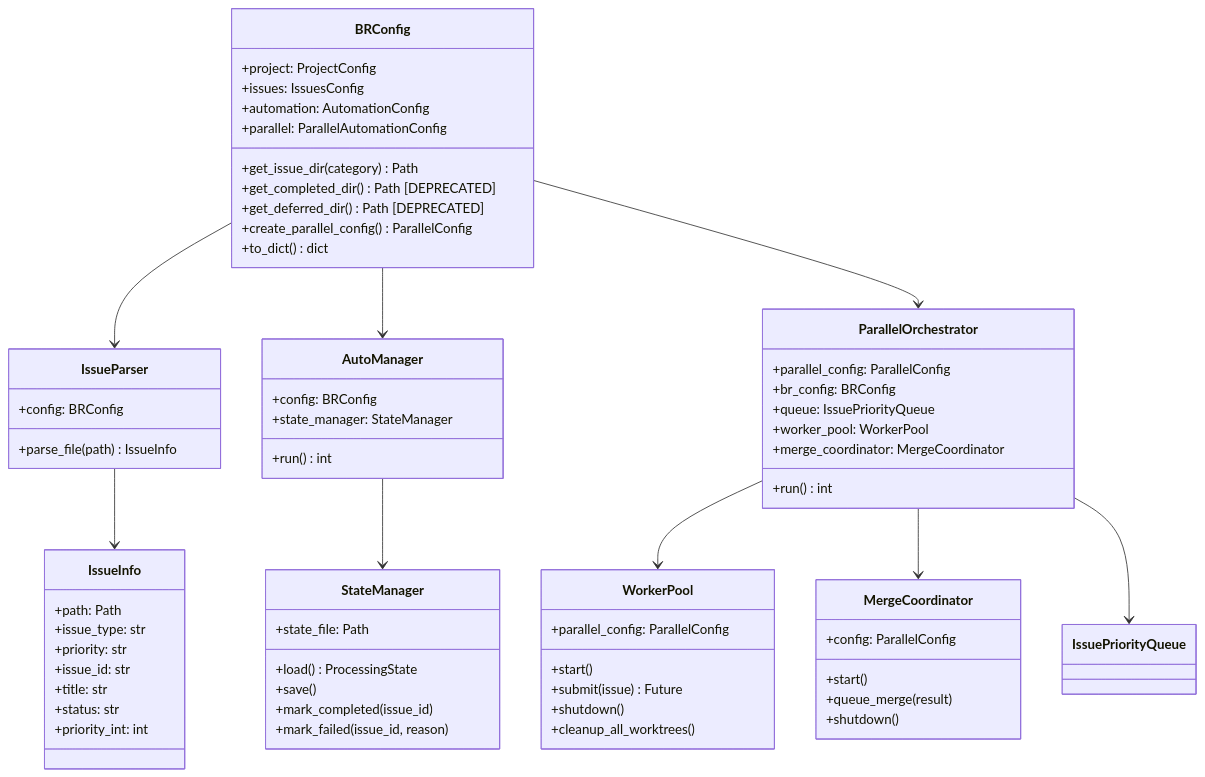
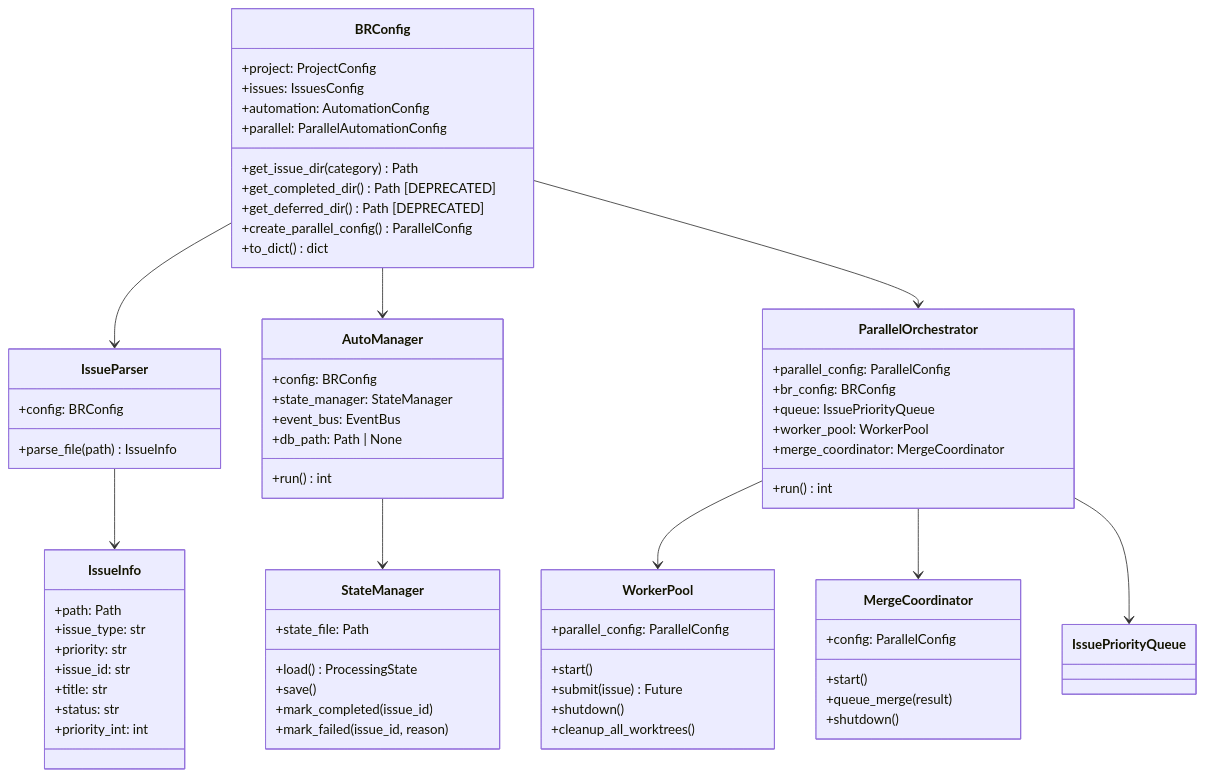
Before and after one commit to BrennonTWilliams/little-loops: the fifth of 14 diagrams in docs/ARCHITECTURE.md, drawn with Mermaid. The commit also changed other lines of this file and 12 other files, not shown here.

First line of the commit message:
docs(event-schema): add issue.skipped/issue.started and update AutoManager wiring docs (ENH-1734)

````diff
--- a/docs/ARCHITECTURE.md
+++ b/docs/ARCHITECTURE.md
@@ -593,76 +594,78 @@
 ```mermaid
 classDiagram
     class BRConfig {
         +project: ProjectConfig
         +issues: IssuesConfig
         +automation: AutomationConfig
         +parallel: ParallelAutomationConfig
         +get_issue_dir(category) Path
         +get_completed_dir() Path [DEPRECATED]
         +get_deferred_dir() Path [DEPRECATED]
         +create_parallel_config() ParallelConfig
         +to_dict() dict
     }
 
     class IssueParser {
         +config: BRConfig
         +parse_file(path) IssueInfo
     }
 
     class IssueInfo {
         +path: Path
         +issue_type: str
         +priority: str
         +issue_id: str
         +title: str
         +status: str
         +priority_int: int
     }
 
     class AutoManager {
         +config: BRConfig
         +state_manager: StateManager
+        +event_bus: EventBus
+        +db_path: Path | None
         +run() int
     }
 
     class StateManager {
         +state_file: Path
         +load() ProcessingState
         +save()
         +mark_completed(issue_id)
         +mark_failed(issue_id, reason)
     }
 
     class ParallelOrchestrator {
         +parallel_config: ParallelConfig
         +br_config: BRConfig
         +queue: IssuePriorityQueue
         +worker_pool: WorkerPool
         +merge_coordinator: MergeCoordinator
         +run() int
     }
 
     class WorkerPool {
         +parallel_config: ParallelConfig
         +start()
         +submit(issue) Future
         +shutdown()
         +cleanup_all_worktrees()
     }
 
     class MergeCoordinator {
         +config: ParallelConfig
         +start()
         +queue_merge(result)
         +shutdown()
     }
 
     BRConfig --> IssueParser
     IssueParser --> IssueInfo
     BRConfig --> AutoManager
     AutoManager --> StateManager
     BRConfig --> ParallelOrchestrator
     ParallelOrchestrator --> WorkerPool
     ParallelOrchestrator --> MergeCoordinator
     ParallelOrchestrator --> IssuePriorityQueue
 ```
````
